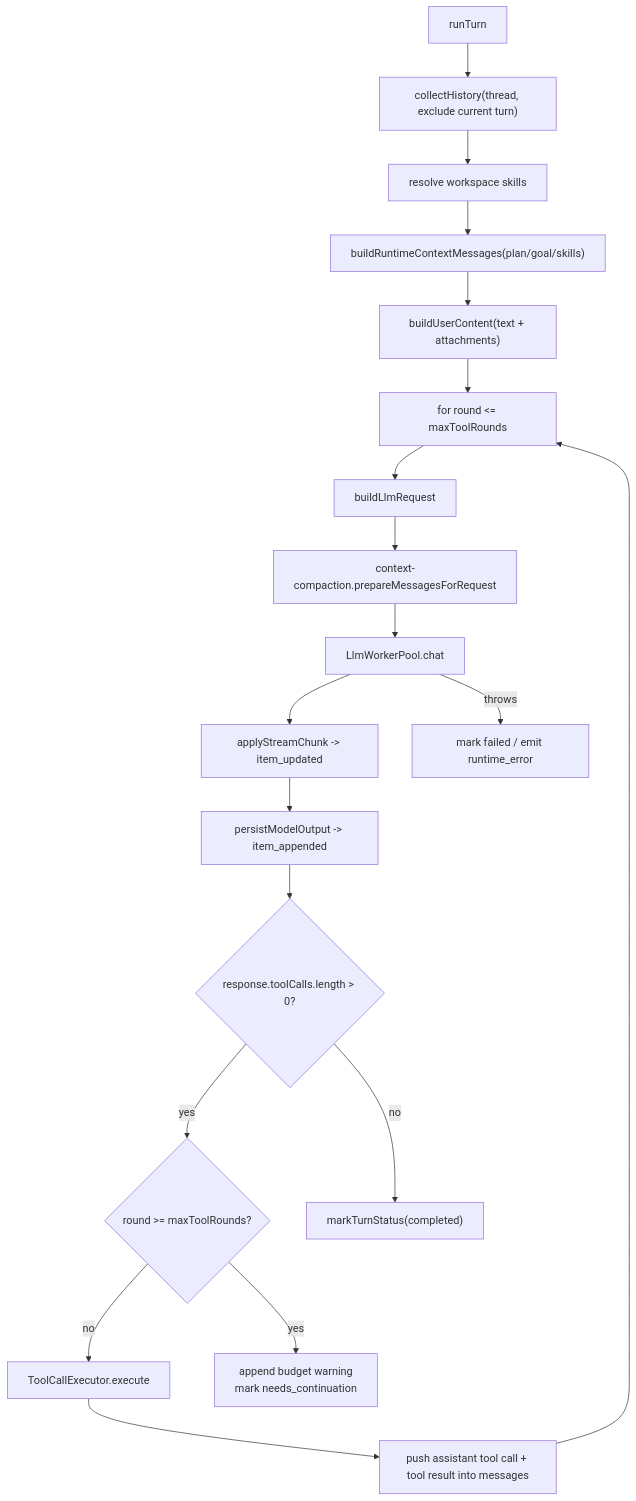
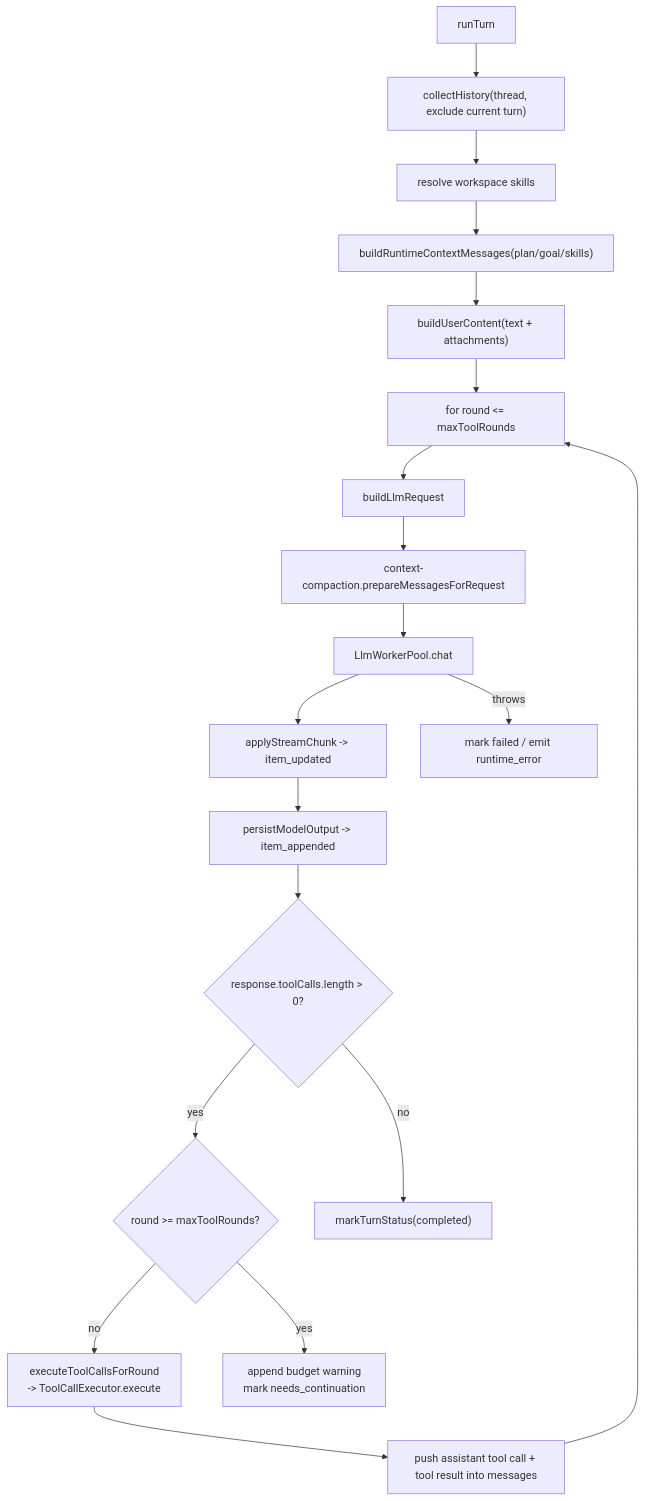
One commit to dp-sudo/agent-pyramid-desktop changed the third of 7 diagrams in docs/runtime-flow.md. Above: the diagram before and after it, drawn with Mermaid. The commit also changed other lines of this file and 23 other files, not shown here.

First line of the commit message:
chore(backup) boby: 同步架构、数据模型、项目地图与运行时文档

````diff
--- a/docs/runtime-flow.md
+++ b/docs/runtime-flow.md
@@ -164,29 +164,29 @@
 ```mermaid
 flowchart TD
   Start["runTurn"]
   History["collectHistory(thread, exclude current turn)"]
   Skills["resolve workspace skills"]
   Context["buildRuntimeContextMessages(plan/goal/skills)"]
   User["buildUserContent(text + attachments)"]
   Loop["for round <= maxToolRounds"]
   BuildReq["buildLlmRequest"]
   Compact["context-compaction.prepareMessagesForRequest"]
   Chat["LlmWorkerPool.chat"]
   Stream["applyStreamChunk -> item_updated"]
   Persist["persistModelOutput -> item_appended"]
   ToolCheck{"response.toolCalls.length > 0?"}
   Budget{"round >= maxToolRounds?"}
-  Execute["ToolCallExecutor.execute"]
+  Execute["executeToolCallsForRound\n-> ToolCallExecutor.execute"]
   PushTool["push assistant tool call + tool result into messages"]
   Complete["markTurnStatus(completed)"]
   NeedsContinuation["append budget warning\nmark needs_continuation"]
   Failed["mark failed / emit runtime_error"]
 
   Start --> History --> Skills --> Context --> User --> Loop
   Loop --> BuildReq --> Compact --> Chat --> Stream --> Persist --> ToolCheck
   ToolCheck -- "no" --> Complete
   ToolCheck -- "yes" --> Budget
   Budget -- "yes" --> NeedsContinuation
   Budget -- "no" --> Execute --> PushTool --> Loop
   Chat -- "throws" --> Failed
 ```
````
